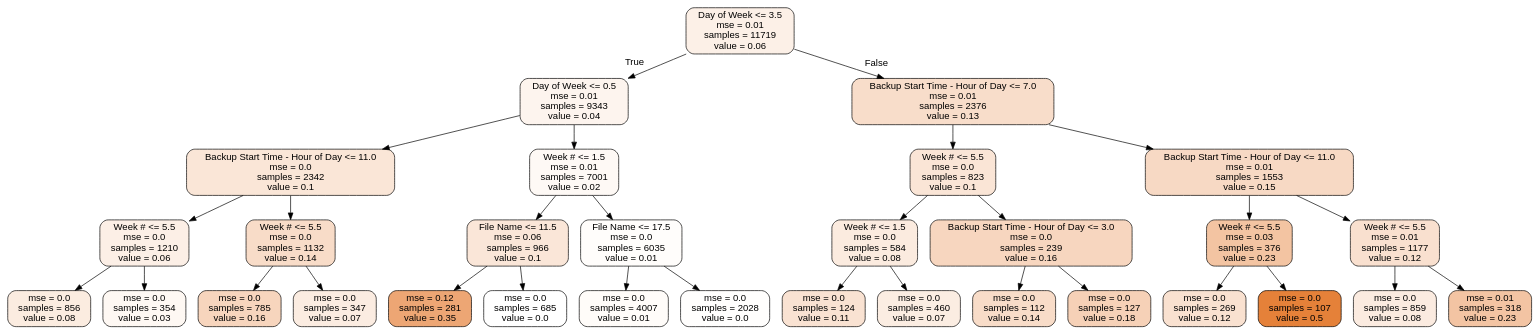
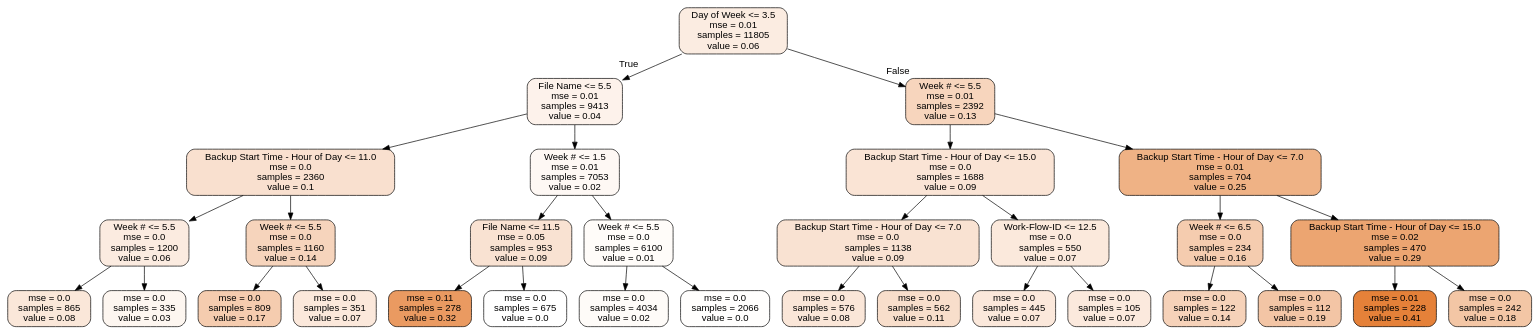
Before and after one commit to 219Winter2019adjz/Project4: the diagram in tree.dot, drawn with Graphviz. The commit also changed 3 other files, not shown here.

```diff
--- a/tree.dot
+++ b/tree.dot
@@ -1,65 +1,65 @@
 digraph Tree {
 node [shape=box, style="filled, rounded", color="black", fontname=helvetica] ;
 edge [fontname=helvetica] ;
-0 [label="Day of Week <= 3.5\nmse = 0.01\nsamples = 11719\nvalue = 0.06", fillcolor="#e581391f"] ;
-1 [label="Day of Week <= 0.5\nmse = 0.01\nsamples = 9343\nvalue = 0.04", fillcolor="#e5813916"] ;
+0 [label="Day of Week <= 3.5\nmse = 0.01\nsamples = 11805\nvalue = 0.06", fillcolor="#e5813926"] ;
+1 [label="File Name <= 5.5\nmse = 0.01\nsamples = 9413\nvalue = 0.04", fillcolor="#e581391a"] ;
 0 -> 1 [labeldistance=2.5, labelangle=45, headlabel="True"] ;
-2 [label="Backup Start Time - Hour of Day <= 11.0\nmse = 0.0\nsamples = 2342\nvalue = 0.1", fillcolor="#e5813933"] ;
+2 [label="Backup Start Time - Hour of Day <= 11.0\nmse = 0.0\nsamples = 2360\nvalue = 0.1", fillcolor="#e581393e"] ;
 1 -> 2 ;
-3 [label="Week # <= 5.5\nmse = 0.0\nsamples = 1210\nvalue = 0.06", fillcolor="#e5813920"] ;
+3 [label="Week # <= 5.5\nmse = 0.0\nsamples = 1200\nvalue = 0.06", fillcolor="#e5813928"] ;
 2 -> 3 ;
-4 [label="mse = 0.0\nsamples = 856\nvalue = 0.08", fillcolor="#e5813927"] ;
+4 [label="mse = 0.0\nsamples = 865\nvalue = 0.08", fillcolor="#e5813930"] ;
 3 -> 4 ;
-5 [label="mse = 0.0\nsamples = 354\nvalue = 0.03", fillcolor="#e581390f"] ;
+5 [label="mse = 0.0\nsamples = 335\nvalue = 0.03", fillcolor="#e5813913"] ;
 3 -> 5 ;
-6 [label="Week # <= 5.5\nmse = 0.0\nsamples = 1132\nvalue = 0.14", fillcolor="#e5813946"] ;
+6 [label="Week # <= 5.5\nmse = 0.0\nsamples = 1160\nvalue = 0.14", fillcolor="#e5813956"] ;
 2 -> 6 ;
-7 [label="mse = 0.0\nsamples = 785\nvalue = 0.16", fillcolor="#e5813954"] ;
+7 [label="mse = 0.0\nsamples = 809\nvalue = 0.17", fillcolor="#e5813967"] ;
 6 -> 7 ;
-8 [label="mse = 0.0\nsamples = 347\nvalue = 0.07", fillcolor="#e5813926"] ;
+8 [label="mse = 0.0\nsamples = 351\nvalue = 0.07", fillcolor="#e581392e"] ;
 6 -> 8 ;
-9 [label="Week # <= 1.5\nmse = 0.01\nsamples = 7001\nvalue = 0.02", fillcolor="#e581390c"] ;
+9 [label="Week # <= 1.5\nmse = 0.01\nsamples = 7053\nvalue = 0.02", fillcolor="#e581390e"] ;
 1 -> 9 ;
-10 [label="File Name <= 11.5\nmse = 0.06\nsamples = 966\nvalue = 0.1", fillcolor="#e5813932"] ;
+10 [label="File Name <= 11.5\nmse = 0.05\nsamples = 953\nvalue = 0.09", fillcolor="#e581393a"] ;
 9 -> 10 ;
-11 [label="mse = 0.12\nsamples = 281\nvalue = 0.35", fillcolor="#e58139b3"] ;
+11 [label="mse = 0.11\nsamples = 278\nvalue = 0.32", fillcolor="#e58139cb"] ;
 10 -> 11 ;
-12 [label="mse = 0.0\nsamples = 685\nvalue = 0.0", fillcolor="#e5813900"] ;
+12 [label="mse = 0.0\nsamples = 675\nvalue = 0.0", fillcolor="#e5813900"] ;
 10 -> 12 ;
-13 [label="File Name <= 17.5\nmse = 0.0\nsamples = 6035\nvalue = 0.01", fillcolor="#e5813905"] ;
+13 [label="Week # <= 5.5\nmse = 0.0\nsamples = 6100\nvalue = 0.01", fillcolor="#e5813907"] ;
 9 -> 13 ;
-14 [label="mse = 0.0\nsamples = 4007\nvalue = 0.01", fillcolor="#e5813907"] ;
+14 [label="mse = 0.0\nsamples = 4034\nvalue = 0.02", fillcolor="#e5813909"] ;
 13 -> 14 ;
-15 [label="mse = 0.0\nsamples = 2028\nvalue = 0.0", fillcolor="#e5813902"] ;
+15 [label="mse = 0.0\nsamples = 2066\nvalue = 0.0", fillcolor="#e5813902"] ;
 13 -> 15 ;
-16 [label="Backup Start Time - Hour of Day <= 7.0\nmse = 0.01\nsamples = 2376\nvalue = 0.13", fillcolor="#e5813944"] ;
+16 [label="Week # <= 5.5\nmse = 0.01\nsamples = 2392\nvalue = 0.13", fillcolor="#e5813954"] ;
 0 -> 16 [labeldistance=2.5, labelangle=-45, headlabel="False"] ;
-17 [label="Week # <= 5.5\nmse = 0.0\nsamples = 823\nvalue = 0.1", fillcolor="#e5813935"] ;
+17 [label="Backup Start Time - Hour of Day <= 15.0\nmse = 0.0\nsamples = 1688\nvalue = 0.09", fillcolor="#e5813936"] ;
 16 -> 17 ;
-18 [label="Week # <= 1.5\nmse = 0.0\nsamples = 584\nvalue = 0.08", fillcolor="#e5813929"] ;
+18 [label="Backup Start Time - Hour of Day <= 7.0\nmse = 0.0\nsamples = 1138\nvalue = 0.09", fillcolor="#e581393a"] ;
 17 -> 18 ;
-19 [label="mse = 0.0\nsamples = 124\nvalue = 0.11", fillcolor="#e581393a"] ;
+19 [label="mse = 0.0\nsamples = 576\nvalue = 0.08", fillcolor="#e5813932"] ;
 18 -> 19 ;
-20 [label="mse = 0.0\nsamples = 460\nvalue = 0.07", fillcolor="#e5813925"] ;
+20 [label="mse = 0.0\nsamples = 562\nvalue = 0.11", fillcolor="#e5813942"] ;
 18 -> 20 ;
-21 [label="Backup Start Time - Hour of Day <= 3.0\nmse = 0.0\nsamples = 239\nvalue = 0.16", fillcolor="#e5813952"] ;
+21 [label="Work-Flow-ID <= 12.5\nmse = 0.0\nsamples = 550\nvalue = 0.07", fillcolor="#e581392d"] ;
 17 -> 21 ;
-22 [label="mse = 0.0\nsamples = 112\nvalue = 0.14", fillcolor="#e5813947"] ;
+22 [label="mse = 0.0\nsamples = 445\nvalue = 0.07", fillcolor="#e581392e"] ;
 21 -> 22 ;
-23 [label="mse = 0.0\nsamples = 127\nvalue = 0.18", fillcolor="#e581395c"] ;
+23 [label="mse = 0.0\nsamples = 105\nvalue = 0.07", fillcolor="#e581392c"] ;
 21 -> 23 ;
-24 [label="Backup Start Time - Hour of Day <= 11.0\nmse = 0.01\nsamples = 1553\nvalue = 0.15", fillcolor="#e581394c"] ;
+24 [label="Backup Start Time - Hour of Day <= 7.0\nmse = 0.01\nsamples = 704\nvalue = 0.25", fillcolor="#e581399c"] ;
 16 -> 24 ;
-25 [label="Week # <= 5.5\nmse = 0.03\nsamples = 376\nvalue = 0.23", fillcolor="#e5813977"] ;
+25 [label="Week # <= 6.5\nmse = 0.0\nsamples = 234\nvalue = 0.16", fillcolor="#e5813967"] ;
 24 -> 25 ;
-26 [label="mse = 0.0\nsamples = 269\nvalue = 0.12", fillcolor="#e581393c"] ;
+26 [label="mse = 0.0\nsamples = 122\nvalue = 0.14", fillcolor="#e581395a"] ;
 25 -> 26 ;
-27 [label="mse = 0.0\nsamples = 107\nvalue = 0.5", fillcolor="#e58139ff"] ;
+27 [label="mse = 0.0\nsamples = 112\nvalue = 0.19", fillcolor="#e5813974"] ;
 25 -> 27 ;
-28 [label="Week # <= 5.5\nmse = 0.01\nsamples = 1177\nvalue = 0.12", fillcolor="#e581393e"] ;
+28 [label="Backup Start Time - Hour of Day <= 15.0\nmse = 0.02\nsamples = 470\nvalue = 0.29", fillcolor="#e58139b6"] ;
 24 -> 28 ;
-29 [label="mse = 0.0\nsamples = 859\nvalue = 0.08", fillcolor="#e5813928"] ;
+29 [label="mse = 0.01\nsamples = 228\nvalue = 0.41", fillcolor="#e58139ff"] ;
 28 -> 29 ;
-30 [label="mse = 0.01\nsamples = 318\nvalue = 0.23", fillcolor="#e5813976"] ;
+30 [label="mse = 0.0\nsamples = 242\nvalue = 0.18", fillcolor="#e5813973"] ;
 28 -> 30 ;
 }
```
